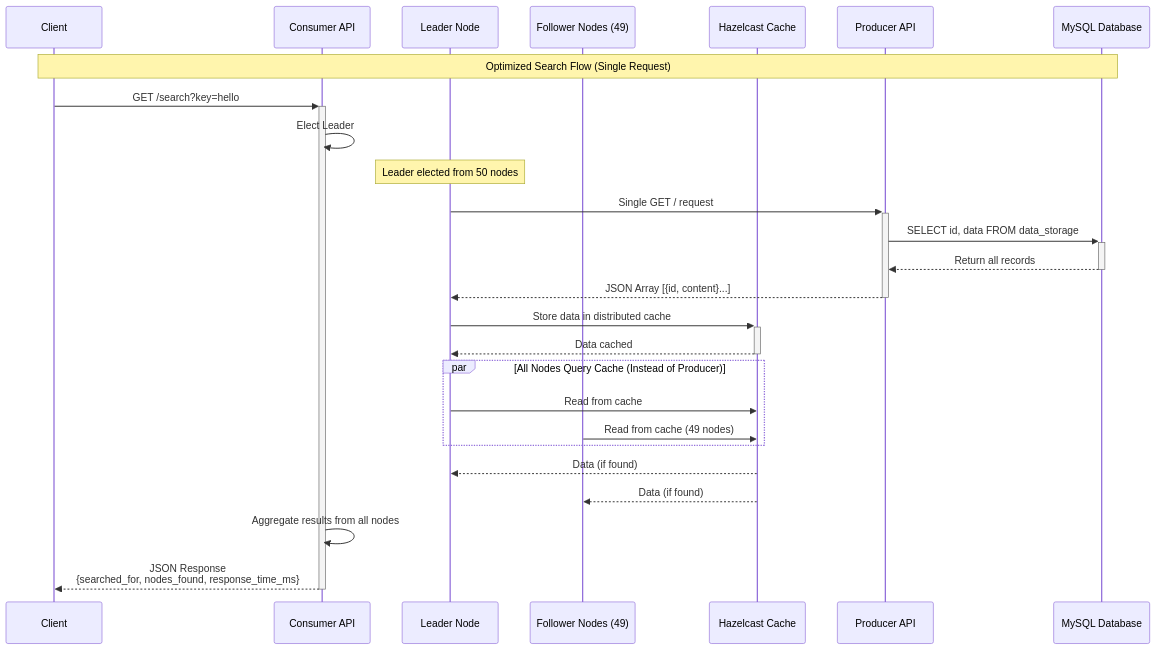
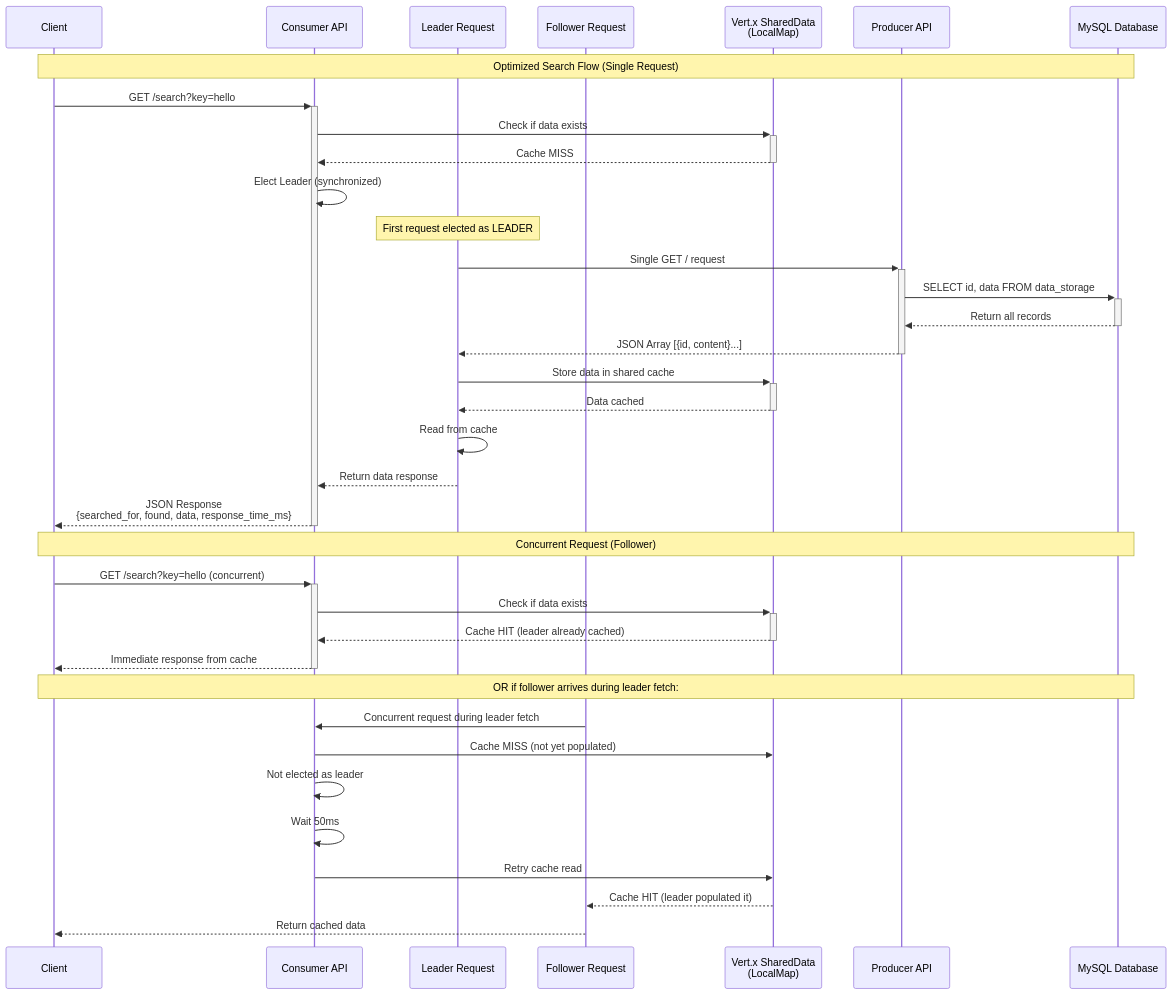
The fourth of 4 diagrams in README.md (adutta-cloud/vertx-request-collapser), drawn with Mermaid before and after one commit. The commit also changed other lines of this file and 12 other files, not shown here.

First line of the commit message:
feat: implement request collapsing with Vert.x SharedData and leader election

````diff
--- a/README.md
+++ b/README.md
@@ -470,36 +484,49 @@
 ```mermaid
 sequenceDiagram
     participant Client
     participant ConsumerAPI as Consumer API
-    participant Leader as Leader Node
-    participant Followers as Follower Nodes (49)
-    participant Cache as Hazelcast Cache
+    participant Leader as Leader Request
+    participant Follower as Follower Request
+    participant Cache as Vert.x SharedData<br/>(LocalMap)
     participant ProducerAPI as Producer API
     participant DB as MySQL Database
 
     Note over Client,DB: Optimized Search Flow (Single Request)
     
     Client->>+ConsumerAPI: GET /search?key=hello
-    ConsumerAPI->>ConsumerAPI: Elect Leader
+    ConsumerAPI->>+Cache: Check if data exists
+    Cache-->>-ConsumerAPI: Cache MISS
     
-    Note over Leader: Leader elected from 50 nodes
+    ConsumerAPI->>ConsumerAPI: Elect Leader (synchronized)
+    
+    Note over Leader: First request elected as LEADER
     
     Leader->>+ProducerAPI: Single GET / request
     ProducerAPI->>+DB: SELECT id, data FROM data_storage
     DB-->>-ProducerAPI: Return all records
     ProducerAPI-->>-Leader: JSON Array [{id, content}...]
     
-    Leader->>+Cache: Store data in distributed cache
+    Leader->>+Cache: Store data in shared cache
     Cache-->>-Leader: Data cached
     
-    par All Nodes Query Cache (Instead of Producer)
-        Leader->>Cache: Read from cache
-        Followers->>Cache: Read from cache (49 nodes)
-    end
+    Leader->>Leader: Read from cache
+    Leader-->>ConsumerAPI: Return data response
+    ConsumerAPI-->>-Client: JSON Response<br/>{searched_for, found, data, response_time_ms}
     
-    Cache-->>Leader: Data (if found)
-    Cache-->>Followers: Data (if found)
+    Note over Client,DB: Concurrent Request (Follower)
     
-    ConsumerAPI->>ConsumerAPI: Aggregate results from all nodes
-    ConsumerAPI-->>-Client: JSON Response<br/>{searched_for, nodes_found, response_time_ms}
+    Client->>+ConsumerAPI: GET /search?key=hello (concurrent)
+    ConsumerAPI->>+Cache: Check if data exists
+    Cache-->>-ConsumerAPI: Cache HIT (leader already cached)
+    ConsumerAPI-->>-Client: Immediate response from cache
+    
+    Note over Client,DB: OR if follower arrives during leader fetch:
+    
+    Follower->>ConsumerAPI: Concurrent request during leader fetch
+    ConsumerAPI->>Cache: Cache MISS (not yet populated)
+    ConsumerAPI->>ConsumerAPI: Not elected as leader
+    ConsumerAPI->>ConsumerAPI: Wait 50ms
+    ConsumerAPI->>Cache: Retry cache read
+    Cache-->>Follower: Cache HIT (leader populated it)
+    Follower-->>Client: Return cached data
 ```
````
